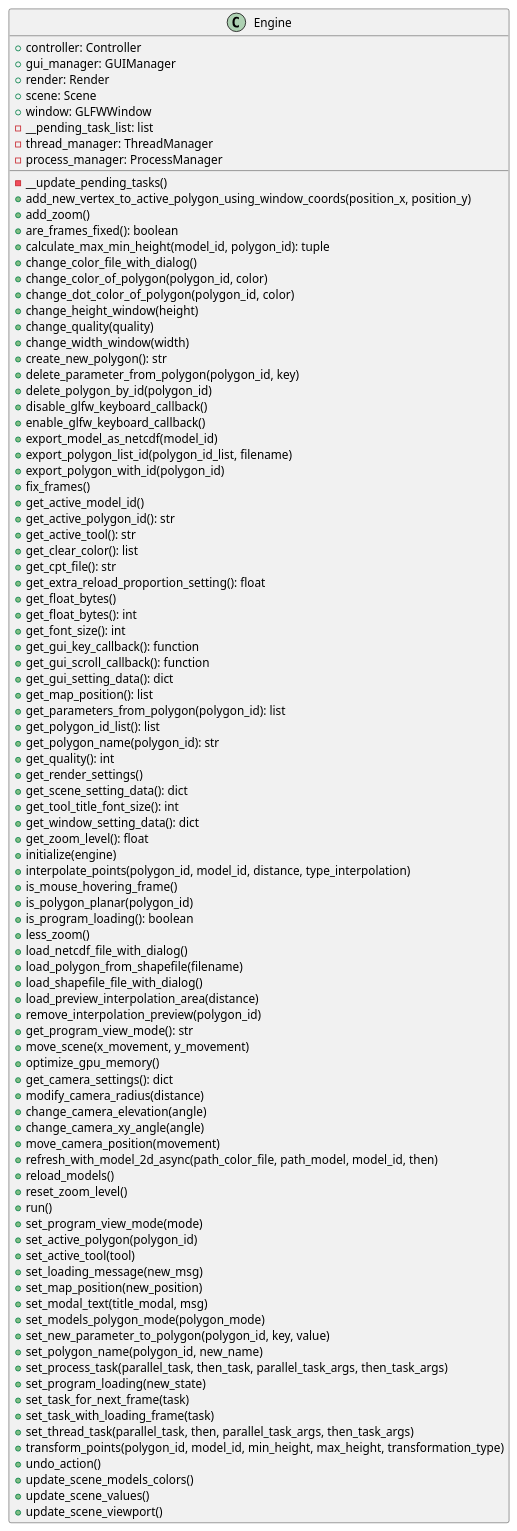
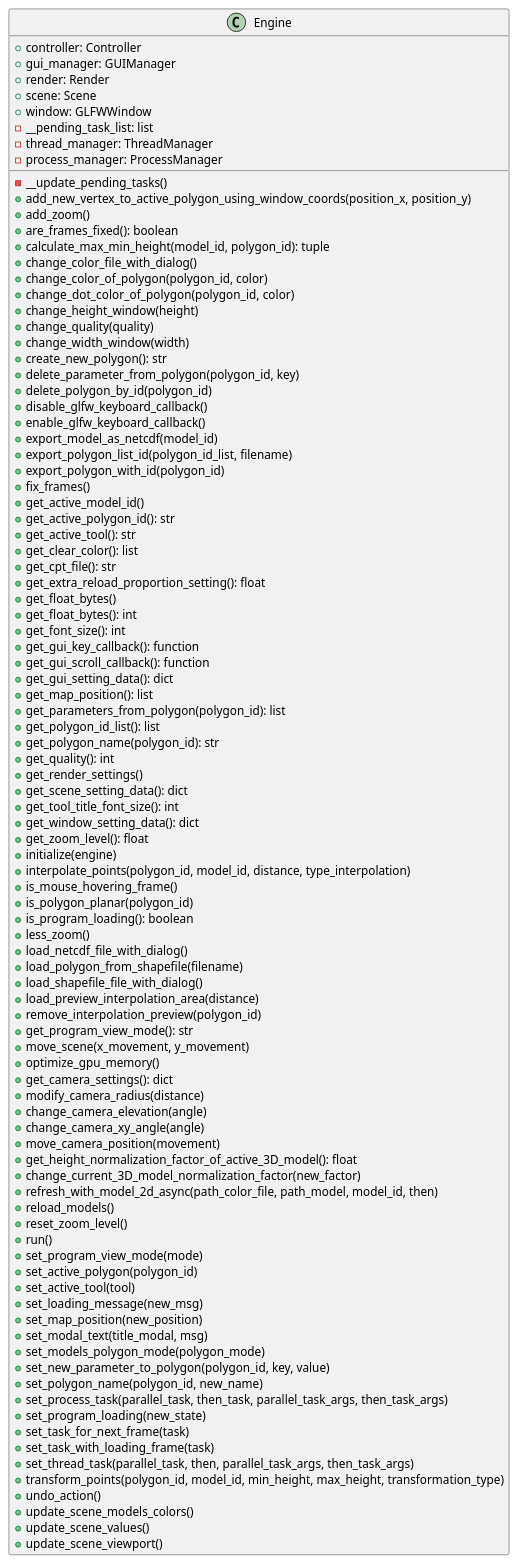
One commit to ferpoble2/Relief_Creator changed the diagram in docs/classes/Engine.puml. Above: the diagram before and after it, drawn with PlantUML. The commit also changed 9 other files, not shown here.

```diff
--- a/docs/classes/Engine.puml
+++ b/docs/classes/Engine.puml
@@ -1,98 +1,100 @@
 @startuml
 class Engine {
     + controller: Controller
     + gui_manager: GUIManager
     + render: Render
     + scene: Scene
     + window: GLFWWindow
     - __pending_task_list: list
     - thread_manager: ThreadManager
     - process_manager: ProcessManager
 
     - __update_pending_tasks()
     + add_new_vertex_to_active_polygon_using_window_coords(position_x, position_y)
     + add_zoom()
     + are_frames_fixed(): boolean
     + calculate_max_min_height(model_id, polygon_id): tuple
     + change_color_file_with_dialog()
     + change_color_of_polygon(polygon_id, color)
     + change_dot_color_of_polygon(polygon_id,  color)
     + change_height_window(height)
     + change_quality(quality)
     + change_width_window(width)
     + create_new_polygon(): str
     + delete_parameter_from_polygon(polygon_id, key)
     + delete_polygon_by_id(polygon_id)
     + disable_glfw_keyboard_callback()
     + enable_glfw_keyboard_callback()
     + export_model_as_netcdf(model_id)
     + export_polygon_list_id(polygon_id_list, filename)
     + export_polygon_with_id(polygon_id)
     + fix_frames()
     + get_active_model_id()
     + get_active_polygon_id(): str
     + get_active_tool(): str
     + get_clear_color(): list
     + get_cpt_file(): str
     + get_extra_reload_proportion_setting(): float
     + get_float_bytes()
     + get_float_bytes(): int
     + get_font_size(): int
     + get_gui_key_callback(): function
     + get_gui_scroll_callback(): function
     + get_gui_setting_data(): dict
     + get_map_position(): list
     + get_parameters_from_polygon(polygon_id): list
     + get_polygon_id_list(): list
     + get_polygon_name(polygon_id): str
     + get_quality(): int
     + get_render_settings()
     + get_scene_setting_data(): dict
     + get_tool_title_font_size(): int
     + get_window_setting_data(): dict
     + get_zoom_level(): float
     + initialize(engine)
     + interpolate_points(polygon_id, model_id, distance, type_interpolation)
     + is_mouse_hovering_frame()
     + is_polygon_planar(polygon_id)
     + is_program_loading(): boolean
     + less_zoom()
     + load_netcdf_file_with_dialog()
     + load_polygon_from_shapefile(filename)
     + load_shapefile_file_with_dialog()
     + load_preview_interpolation_area(distance)
     + remove_interpolation_preview(polygon_id)
     + get_program_view_mode(): str
     + move_scene(x_movement, y_movement)
     + optimize_gpu_memory()
     + get_camera_settings(): dict
     + modify_camera_radius(distance)
     + change_camera_elevation(angle)
     + change_camera_xy_angle(angle)
     + move_camera_position(movement)
+    + get_height_normalization_factor_of_active_3D_model(): float
+    + change_current_3D_model_normalization_factor(new_factor)
     + refresh_with_model_2d_async(path_color_file, path_model, model_id, then)
     + reload_models()
     + reset_zoom_level()
     + run()
     + set_program_view_mode(mode)
     + set_active_polygon(polygon_id)
     + set_active_tool(tool)
     + set_loading_message(new_msg)
     + set_map_position(new_position)
     + set_modal_text(title_modal, msg)
     + set_models_polygon_mode(polygon_mode)
     + set_new_parameter_to_polygon(polygon_id, key, value)
     + set_polygon_name(polygon_id, new_name)
     + set_process_task(parallel_task, then_task, parallel_task_args, then_task_args)
     + set_program_loading(new_state)
     + set_task_for_next_frame(task)
     + set_task_with_loading_frame(task)
     + set_thread_task(parallel_task, then, parallel_task_args, then_task_args)
     + transform_points(polygon_id, model_id, min_height, max_height, transformation_type)
     + undo_action()
     + update_scene_models_colors()
     + update_scene_values()
     + update_scene_viewport()
 }
 
 @enduml
```
